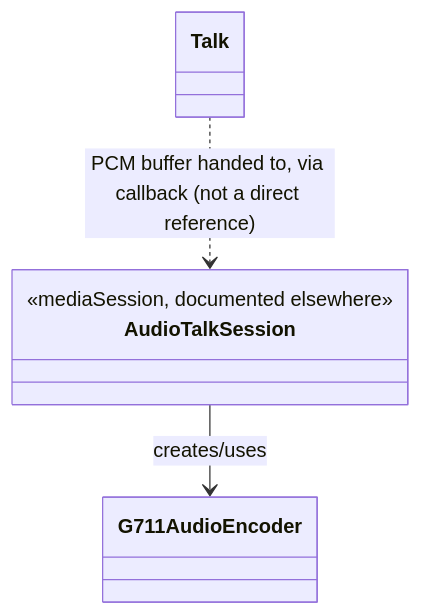
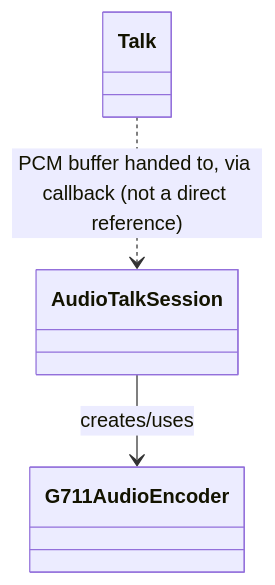
One commit to melchi45/rtsp-over-websocket changed the first of 15 diagrams in docs/player/07-talk-backup-worker.md. Above: the diagram before and after it, drawn with Mermaid. The commit also changed other lines of this file and 3 other files, not shown here.

````diff
--- a/docs/player/07-talk-backup-worker.md
+++ b/docs/player/07-talk-backup-worker.md
@@ -38,10 +39,8 @@
 ```mermaid
 classDiagram
     class Talk
     class G711AudioEncoder
-    class AudioTalkSession {
-        <<mediaSession, documented elsewhere>>
-    }
+    class AudioTalkSession
     Talk ..> AudioTalkSession : PCM buffer handed to, via callback (not a direct reference)
     AudioTalkSession --> G711AudioEncoder : creates/uses
 ```
````
